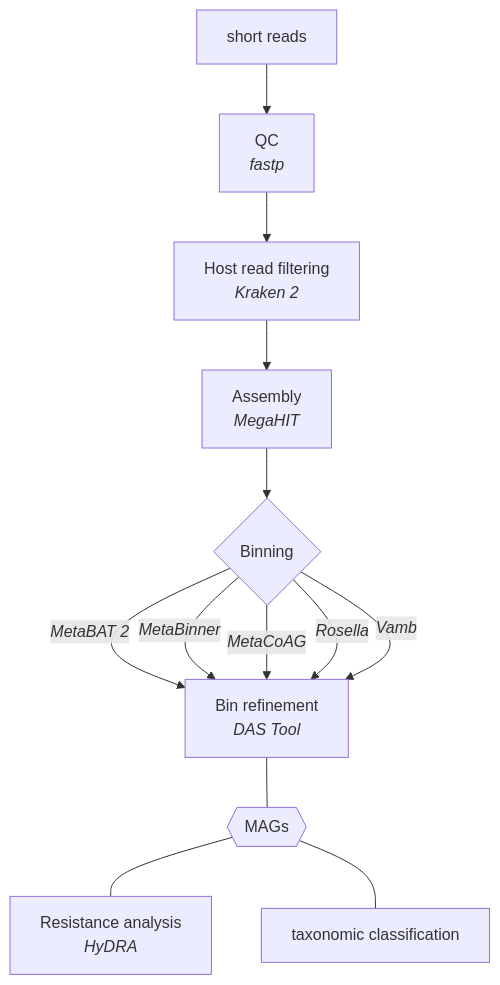
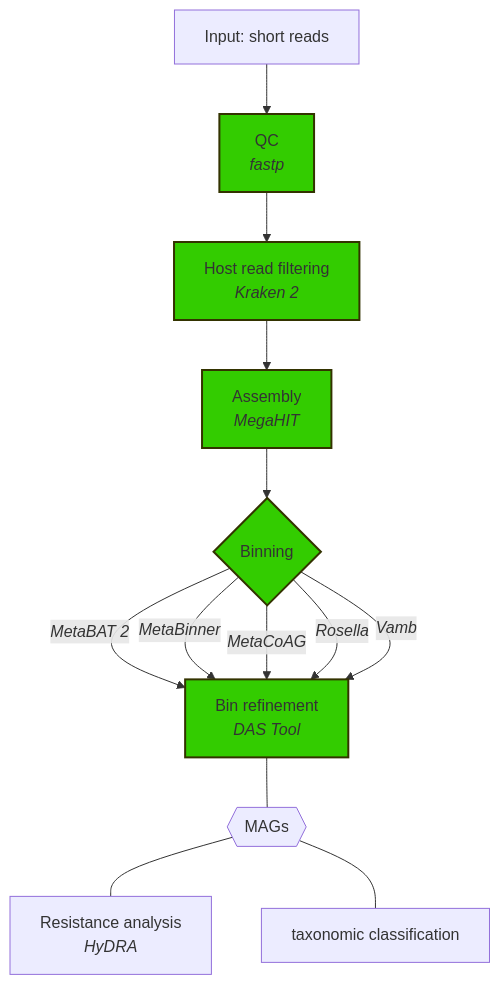
The diagram in README.md (alethomas/ResMAG), drawn with Mermaid before and after one commit. The commit also changed other lines of this file, not shown here.

````diff
--- a/README.md
+++ b/README.md
@@ -22,26 +22,29 @@
 ```mermaid
 flowchart TB;
-   A[short reads]
+   A[Input: short reads]
    B["QC <br> <i>fastp<i>"]
    C["Host read filtering <br> <i>Kraken 2<i>"]
    D["Assembly <br> <i>MegaHIT<i>"]
    E{Binning}
    F["Bin refinement <br> <i>DAS Tool<i>"]
    G{{MAGs}}
+
+   classDef rule fill:#3c0,stroke:#330,stroke-width:2px
+   class B,C,D,E,F rule
    A --> B
    B --> C
    C --> D
    D --> E
    E --"<i>MetaBAT 2<i>"--> F
    E --"<i>MetaBinner<i>"--> F
    E --"<i>MetaCoAG<i>"--> F
    E --"<i>Rosella<i>"--> F
    E --"<i>Vamb<i>"--> F
    F --- G
 
    H["Resistance analysis <br> <i>HyDRA<i>"]
    I[taxonomic classification]
    G --- H
    G --- I
 
 ```
````
